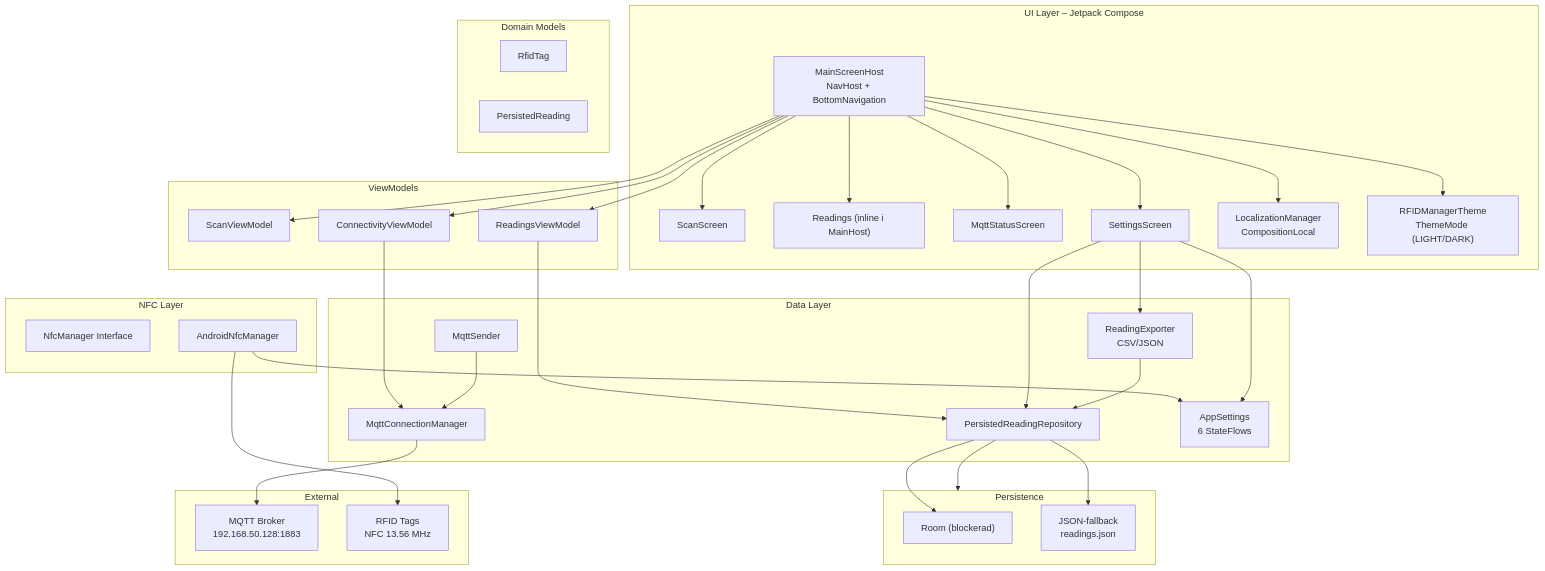
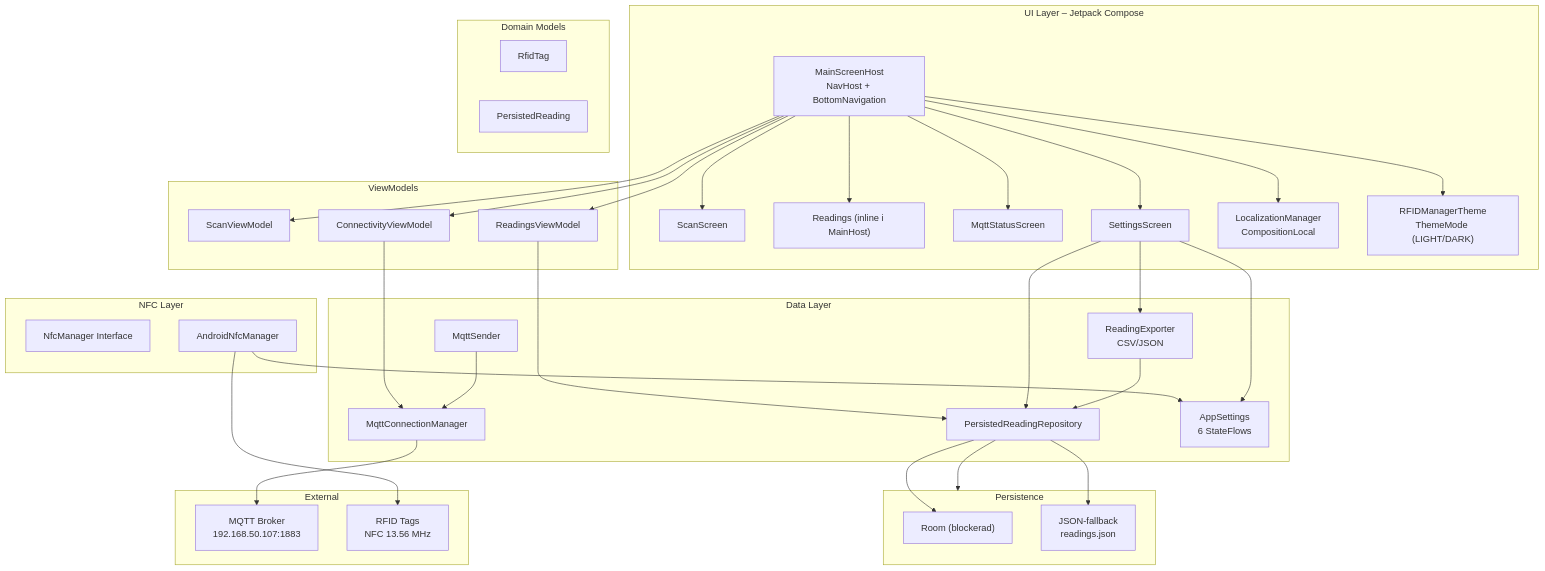
The first of 2 diagrams in llm-wiki/wiki/App-Architecture.md (JoaBerra/rfid-manager), drawn with Mermaid before and after one commit. The commit also changed other lines of this file and 45 other files, not shown here.

````diff
--- a/llm-wiki/wiki/App-Architecture.md
+++ b/llm-wiki/wiki/App-Architecture.md
@@ -8,60 +8,60 @@
 ```mermaid
 graph TD
     subgraph UI["UI Layer – Jetpack Compose"]
         MainHost["MainScreenHost<br/>NavHost + BottomNavigation"]
         ScanScr["ScanScreen"]
         RdgScr["Readings (inline i MainHost)"]
         ConnScr["MqttStatusScreen"]
         SettScr["SettingsScreen"]
         Local["LocalizationManager<br/>CompositionLocal"]
         Theme["RFIDManagerTheme<br/>ThemeMode (LIGHT/DARK)"]
     end
 
     subgraph ViewModels["ViewModels"]
         ScanVM["ScanViewModel"]
         RdgVM["ReadingsViewModel"]
         ConnVM["ConnectivityViewModel"]
     end
 
     subgraph Data["Data Layer"]
         Repo["PersistedReadingRepository"]
         MqttMgr["MqttConnectionManager"]
         MqttSend["MqttSender"]
         Settings["AppSettings<br/>6 StateFlows"]
         Export["ReadingExporter<br/>CSV/JSON"]
     end
 
     subgraph Storage["Persistence"]
         Room["Room (blockerad)"]
         Json["JSON-fallback<br/>readings.json"]
     end
 
     subgraph NFC["NFC Layer"]
         NfcMgr["NfcManager Interface"]
         AndroidNfc["AndroidNfcManager"]
     end
 
     subgraph Domain["Domain Models"]
         RfidTag["RfidTag"]
         Persisted["PersistedReading"]
     end
 
     subgraph External["External"]
-        Mqtt["MQTT Broker<br/>192.168.50.128:1883"]
+        Mqtt["MQTT Broker<br/>192.168.50.107:1883"]
         Tag["RFID Tags<br/>NFC 13.56 MHz"]
     end
 
     MainHost --> ScanScr & RdgScr & ConnScr & SettScr
     MainHost --> ScanVM & RdgVM & ConnVM
     MainHost --> Local
     MainHost --> Theme
     RdgVM --> Repo --> Storage
     ConnVM --> MqttMgr
     MqttSend --> MqttMgr
     MqttMgr --> Mqtt
     AndroidNfc --> Tag
     AndroidNfc --> Settings
     SettScr --> Settings & Repo & Export
     Export --> Repo
     Repo --> Room & Json
 ```
````
